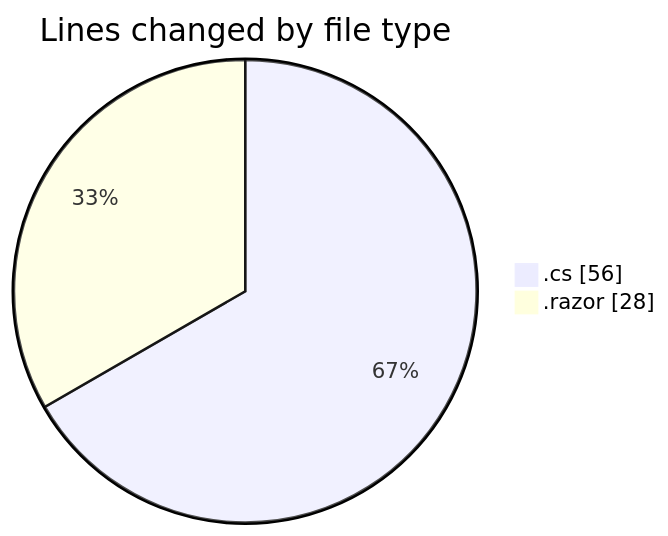
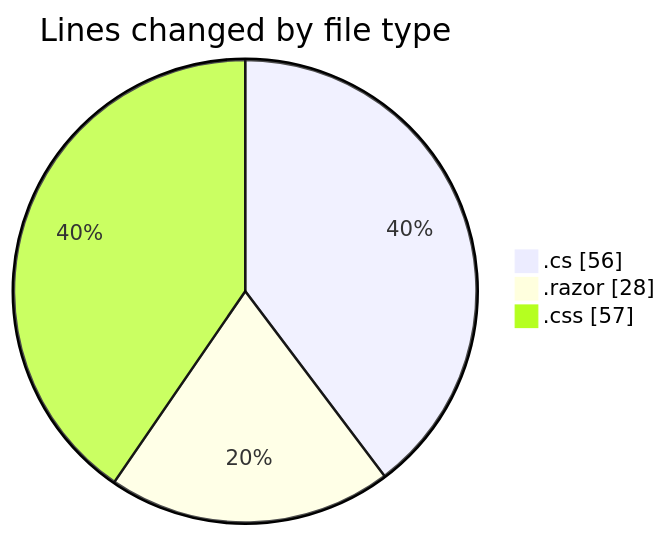
One commit to Netris89/code-tracking changed the first of 2 diagrams in 2025-03-13/front-end/README.md. Above: the diagram before and after it, drawn with Mermaid. The commit also changed other lines of this file and 1 other file, not shown here.

````diff
--- a/2025-03-13/front-end/README.md
+++ b/2025-03-13/front-end/README.md
@@ -21,6 +22,7 @@
 ```mermaid
 pie showData
 title Lines changed by file type
 ".cs" : 56
 ".razor" : 28
+".css" : 57
 ```
````
